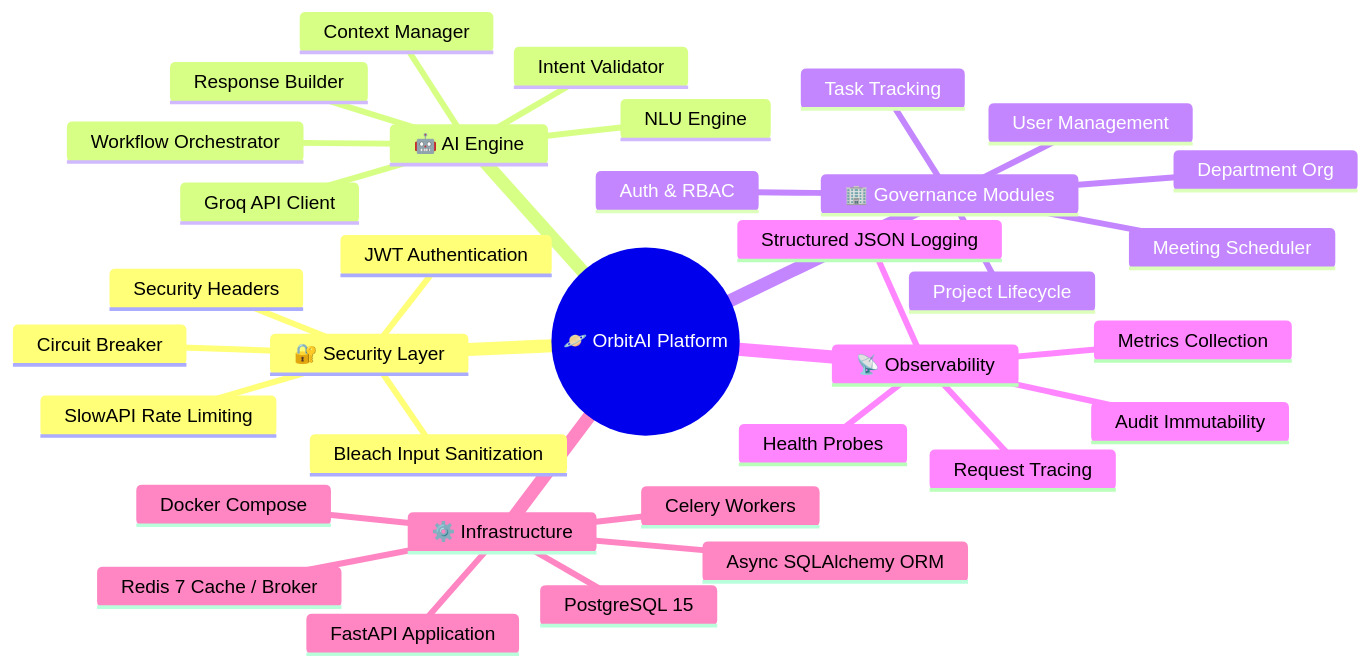
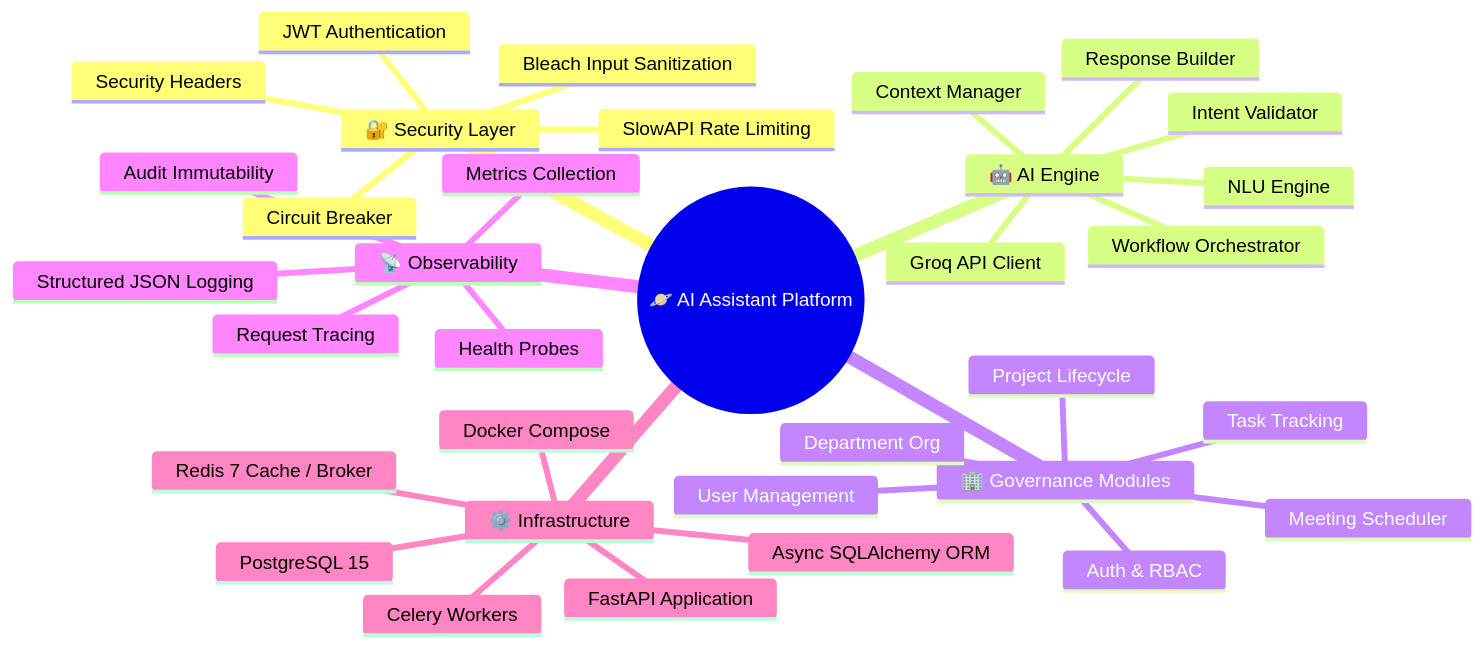
Before and after one commit to SudheerKonduboina/Assistant-AI: the second of 2 diagrams in README.md, drawn with Mermaid. The commit also changed other lines of this file, not shown here.

Commit message:
docs: rename to AI Assistant, remove banner, clean login credentials

````diff
--- a/README.md
+++ b/README.md
@@ -118,37 +115,37 @@
 ```mermaid
 mindmap
-  root((🪐 OrbitAI Platform))
+  root((🪐 AI Assistant Platform))
     🔐 Security Layer
       JWT Authentication
       SlowAPI Rate Limiting
       Bleach Input Sanitization
       Security Headers
       Circuit Breaker
     🤖 AI Engine
       NLU Engine
       Intent Validator
       Context Manager
       Workflow Orchestrator
       Groq API Client
       Response Builder
     🏢 Governance Modules
       Auth & RBAC
       User Management
       Department Org
       Project Lifecycle
       Task Tracking
       Meeting Scheduler
     📡 Observability
       Structured JSON Logging
       Request Tracing
       Metrics Collection
       Health Probes
       Audit Immutability
     ⚙️ Infrastructure
       FastAPI Application
       Async SQLAlchemy ORM
       PostgreSQL 15
       Redis 7 Cache / Broker
       Celery Workers
       Docker Compose
 ```
````
